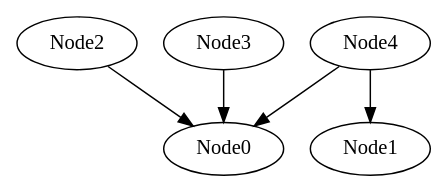
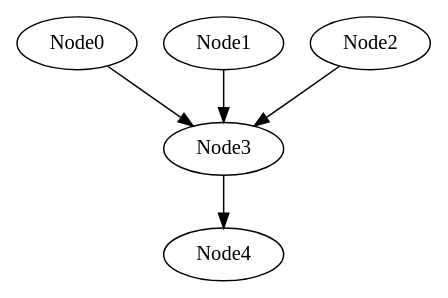
One commit to zephyr06/DAG_NLP changed the diagram in currGraph.gv. Above: the diagram before and after it, drawn with Graphviz. The commit also changed 5 other files, not shown here.

```diff
--- a/currGraph.gv
+++ b/currGraph.gv
@@ -1,16 +1,16 @@
 // The Round Table
 digraph {
 	Node0
 	Node1
 	Node2
 	Node3
 	Node4
-	Node2 -> Node0
+	Node0 -> Node3
 
-	Node3 -> Node0
+	Node1 -> Node3
 
-	Node4 -> Node0
+	Node2 -> Node3
 
-	Node4 -> Node1
+	Node3 -> Node4
 
 }
```
